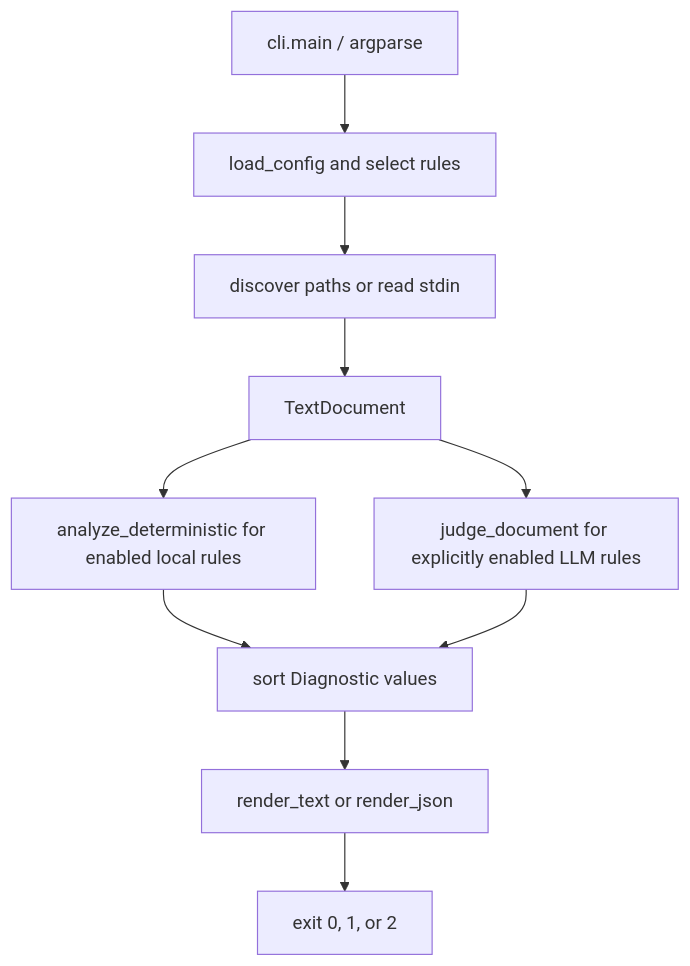
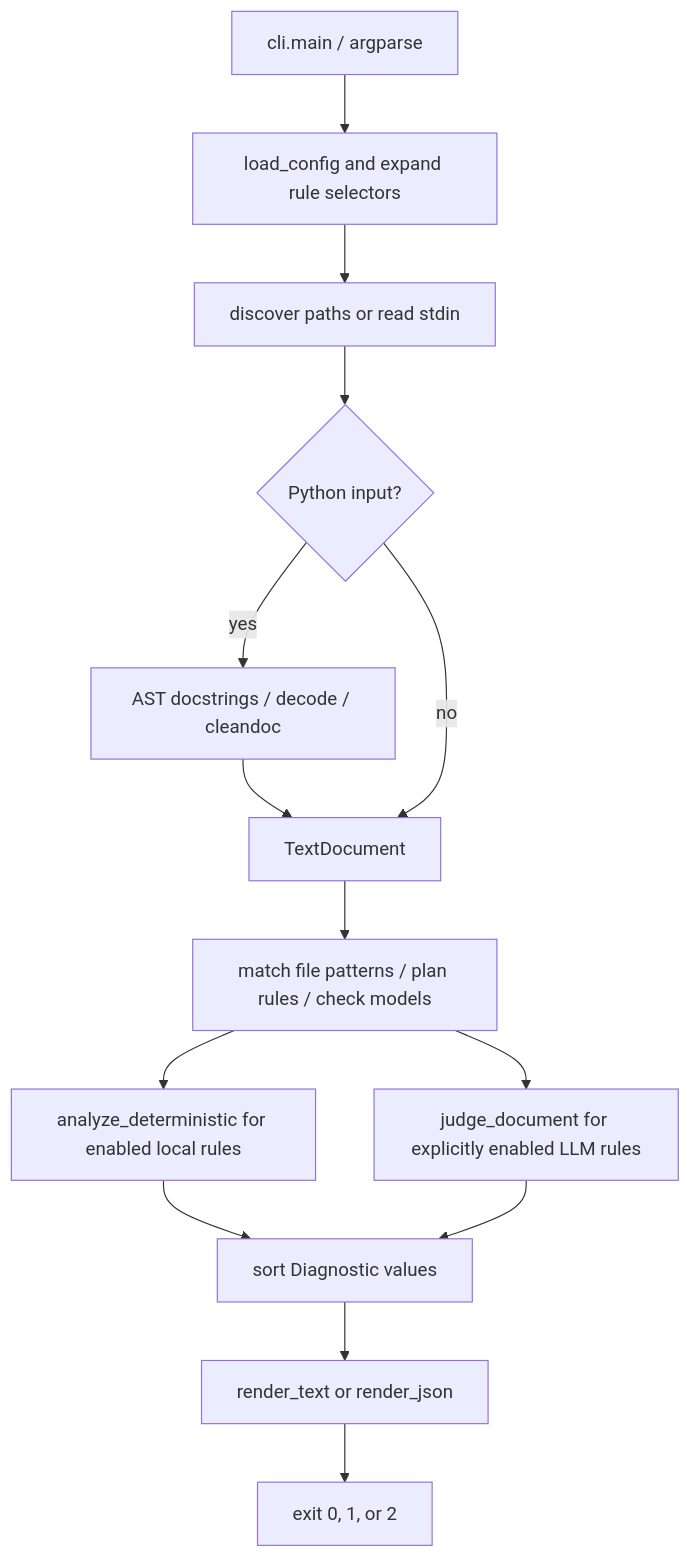
Before and after one commit to FausticSun/style-audit: the diagram in docs/architecture.md, drawn with Mermaid. The commit also changed other lines of this file and 14 other files, not shown here.

````diff
--- a/docs/architecture.md
+++ b/docs/architecture.md
@@ -5,12 +5,16 @@
 ```mermaid
 flowchart TD
-    A[cli.main / argparse] --> B[load_config and select rules]
+    A[cli.main / argparse] --> B[load_config and expand rule selectors]
     B --> C[discover paths or read stdin]
-    C --> D[TextDocument]
-    D --> E[analyze_deterministic for enabled local rules]
-    D --> F[judge_document for explicitly enabled LLM rules]
+    C --> P{Python input?}
+    P -->|yes| Q[AST docstrings / decode / cleandoc]
+    Q --> D[TextDocument]
+    P -->|no| D
+    D --> S[match file patterns / plan rules / check models]
+    S --> E[analyze_deterministic for enabled local rules]
+    S --> F[judge_document for explicitly enabled LLM rules]
     E --> G[sort Diagnostic values]
     F --> G
     G --> H[render_text or render_json]
     H --> I[exit 0, 1, or 2]
 ```
````
